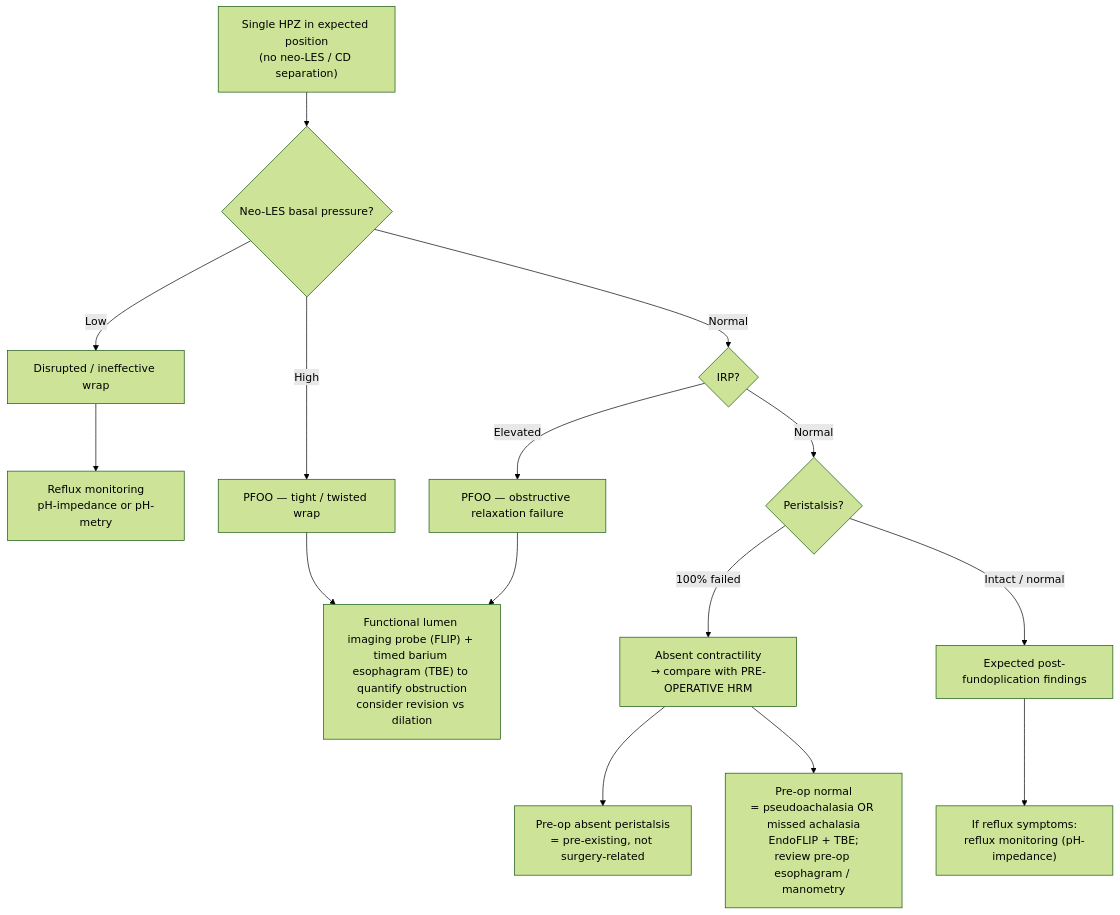
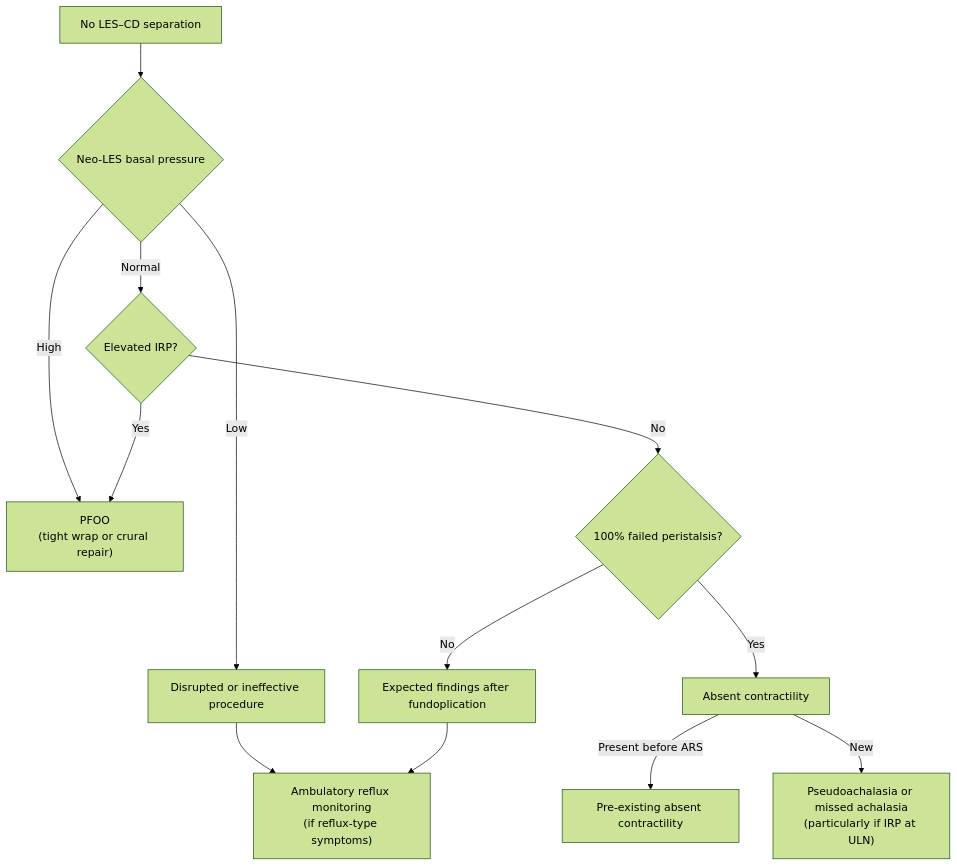
Before and after one commit to KHNickLeMD/KHNL-GI-Wiki: the diagram in KHNL-GI-Wiki/wiki/7-concepts/hrm-antireflux-surgery.md, drawn with Mermaid (forest theme). The commit also changed other lines of this file and 78 other files, not shown here.

````diff
--- a/KHNL-GI-Wiki/wiki/7-concepts/hrm-antireflux-surgery.md
+++ b/KHNL-GI-Wiki/wiki/7-concepts/hrm-antireflux-surgery.md
@@ -107,17 +103,15 @@
 ```mermaid
 flowchart TD
-    A["Single HPZ in expected position<br/>(no neo-LES / CD separation)"] --> B{"Neo-LES basal pressure?"}
-    B -->|"Low"| C["Disrupted / ineffective wrap"]
-    C --> C1["Reflux monitoring<br/>pH-impedance or pH-metry"]
-    B -->|"High"| D["PFOO — tight / twisted wrap"]
-    B -->|"Normal"| E{"IRP?"}
-    E -->|"Elevated"| F["PFOO — obstructive relaxation failure"]
-    D --> DF["Functional lumen imaging probe (FLIP) + timed barium esophagram (TBE) to quantify obstruction<br/>consider revision vs dilation"]
-    F --> DF
-    E -->|"Normal"| G{"Peristalsis?"}
-    G -->|"100% failed"| H["Absent contractility<br/>→ compare with PRE-OPERATIVE HRM"]
-    H --> H1["Pre-op absent peristalsis<br/>= pre-existing, not surgery-related"]
-    H --> H2["Pre-op normal<br/>= pseudoachalasia OR missed achalasia<br/>EndoFLIP + TBE;<br/>review pre-op esophagram / manometry"]
-    G -->|"Intact / normal"| I["Expected post-fundoplication findings"]
-    I --> I1["If reflux symptoms:<br/>reflux monitoring (pH-impedance)"]
+    A["No LES–CD separation"] --> B{"Neo-LES basal pressure"}
+    B -->|"Low"| C["Disrupted or ineffective procedure"]
+    C --> R["Ambulatory reflux monitoring<br/>(if reflux-type symptoms)"]
+    B -->|"High"| P["PFOO<br/>(tight wrap or crural repair)"]
+    B -->|"Normal"| D{"Elevated IRP?"}
+    D -->|"Yes"| P
+    D -->|"No"| E{"100% failed peristalsis?"}
+    E -->|"Yes"| F["Absent contractility"]
+    F -->|"Present before ARS"| G["Pre-existing absent contractility"]
+    F -->|"New"| H["Pseudoachalasia or missed achalasia<br/>(particularly if IRP at ULN)"]
+    E -->|"No"| I["Expected findings after fundoplication"]
+    I --> R
 ```
````
